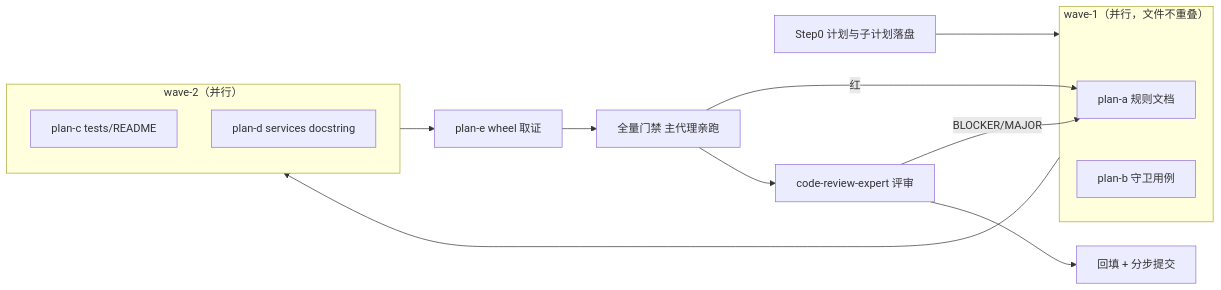
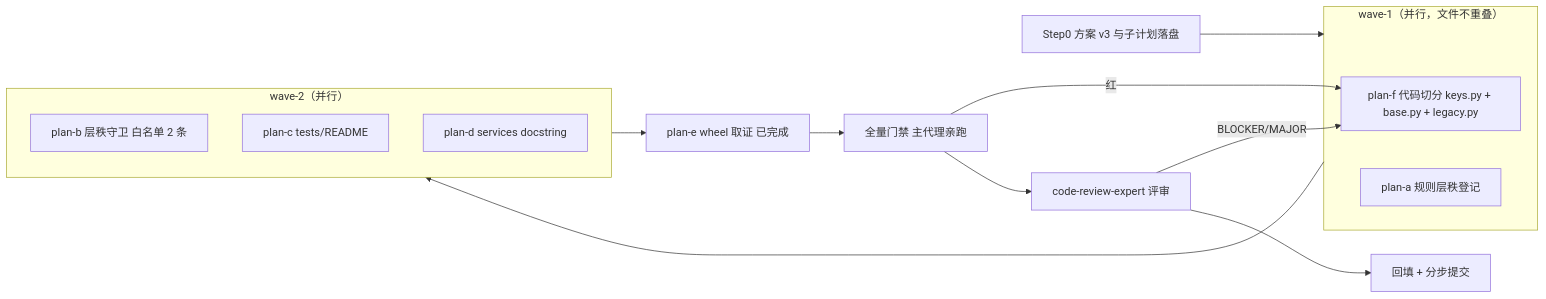
Before and after one commit to BigThxBrigde/yate: the diagram in .trae/documents/repo-structure-layering-audit-review-fixes-plan.md, drawn with Mermaid. The commit also changed other lines of this file and 4 other files, not shown here.

````diff
--- a/.trae/documents/repo-structure-layering-audit-review-fixes-plan.md
+++ b/.trae/documents/repo-structure-layering-audit-review-fixes-plan.md
@@ -101,19 +90,20 @@
 ```mermaid
 flowchart LR
-    S0[Step0 计划与子计划落盘] --> W1
+    S0[Step0 方案 v3 与子计划落盘] --> W1
     subgraph W1["wave-1（并行，文件不重叠）"]
-        A[plan-a 规则文档]
-        B[plan-b 守卫用例]
+        F[plan-f 代码切分 keys.py + base.py + legacy.py]
+        A[plan-a 规则层秩登记]
     end
     W1 --> W2
     subgraph W2["wave-2（并行）"]
+        B[plan-b 层秩守卫 白名单 2 条]
         C[plan-c tests/README]
         D[plan-d services docstring]
     end
-    W2 --> E[plan-e wheel 取证]
+    W2 --> E[plan-e wheel 取证 已完成]
     E --> G[全量门禁 主代理亲跑]
-    G -->|红| A
+    G -->|红| F
     G --> R[code-review-expert 评审]
-    R -->|BLOCKER/MAJOR| A
-    R --> F[回填 + 分步提交]
+    R -->|BLOCKER/MAJOR| F
+    R --> H[回填 + 分步提交]
 ```
````
